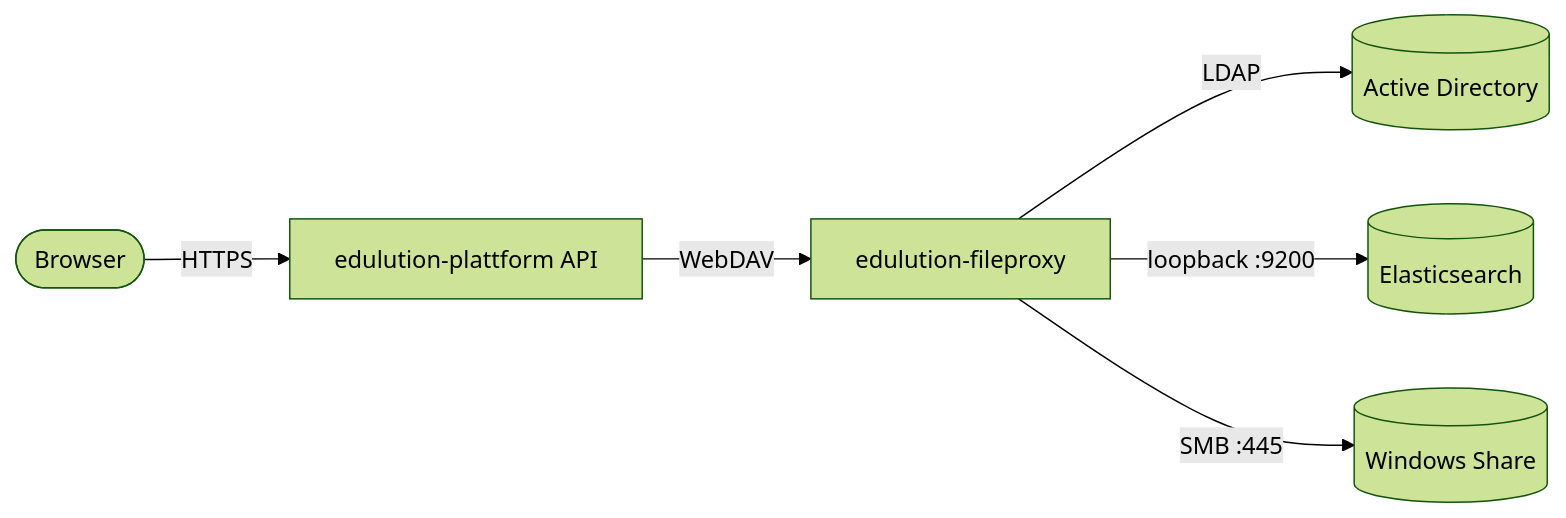
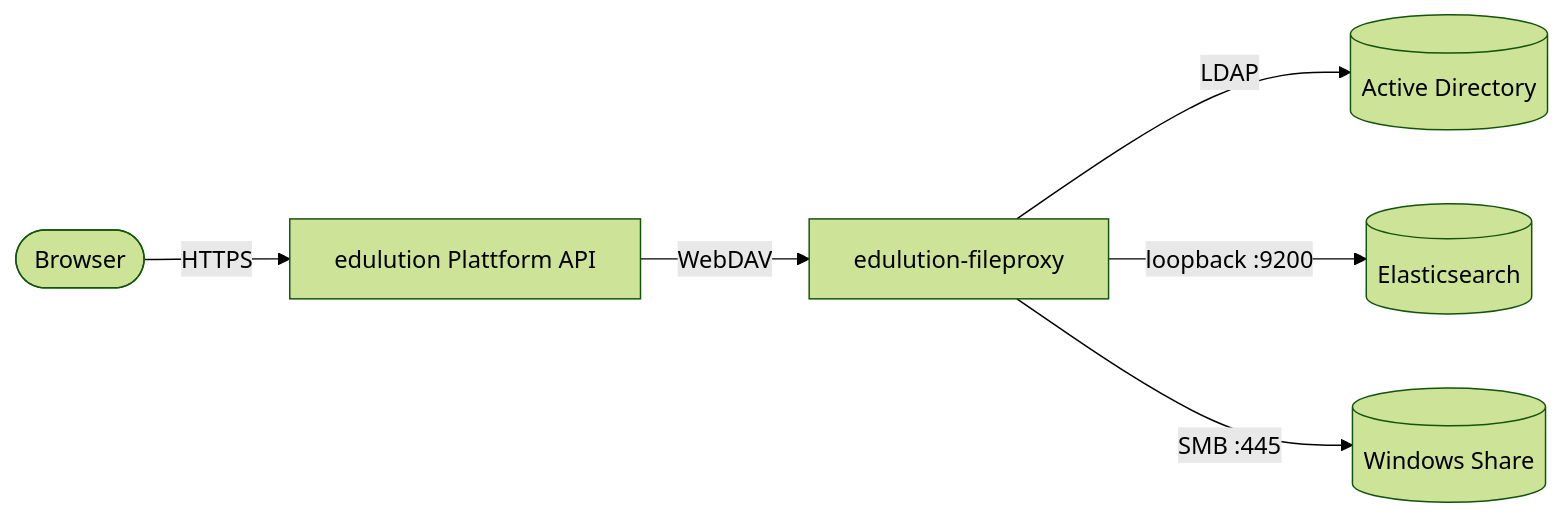
One commit to edulution-io/edulution-docs changed the diagram in docs/edulution-fileproxy/wiki-infrastruktur.md. Above: the diagram before and after it, drawn with Mermaid (forest theme). The commit also changed other lines of this file and 91 other files, not shown here.

Commit message:
docs/rename-edulution-ui-to-edulution-plattform-but-leave-server-side-dockers-as-they-are

````diff
--- a/docs/edulution-fileproxy/wiki-infrastruktur.md
+++ b/docs/edulution-fileproxy/wiki-infrastruktur.md
@@ -17,15 +17,15 @@
 ```mermaid
 flowchart LR
     Browser([Browser])
-    UI[edulution-plattform API]
+    UI[edulution Plattform API]
     FP[edulution-fileproxy]
     AD[(Active Directory)]
     ES[(Elasticsearch)]
     SMB[(Windows Share)]
 
     Browser -- HTTPS --> UI
     UI -- WebDAV --> FP
     FP -- LDAP --> AD
     FP -- "loopback :9200" --> ES
     FP -- "SMB :445" --> SMB
 ```
````
